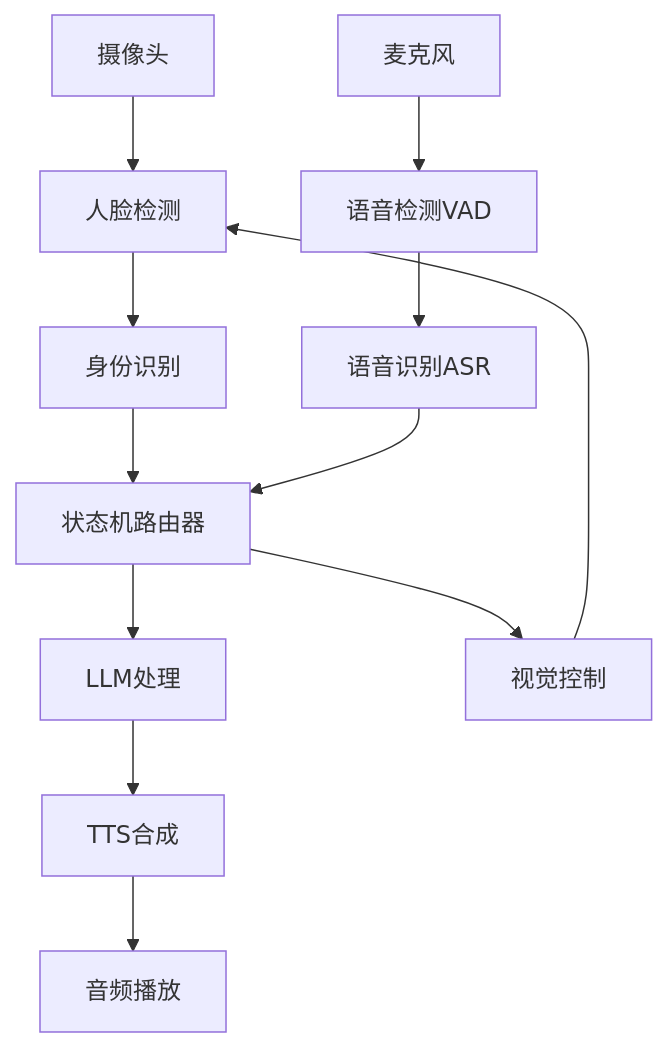
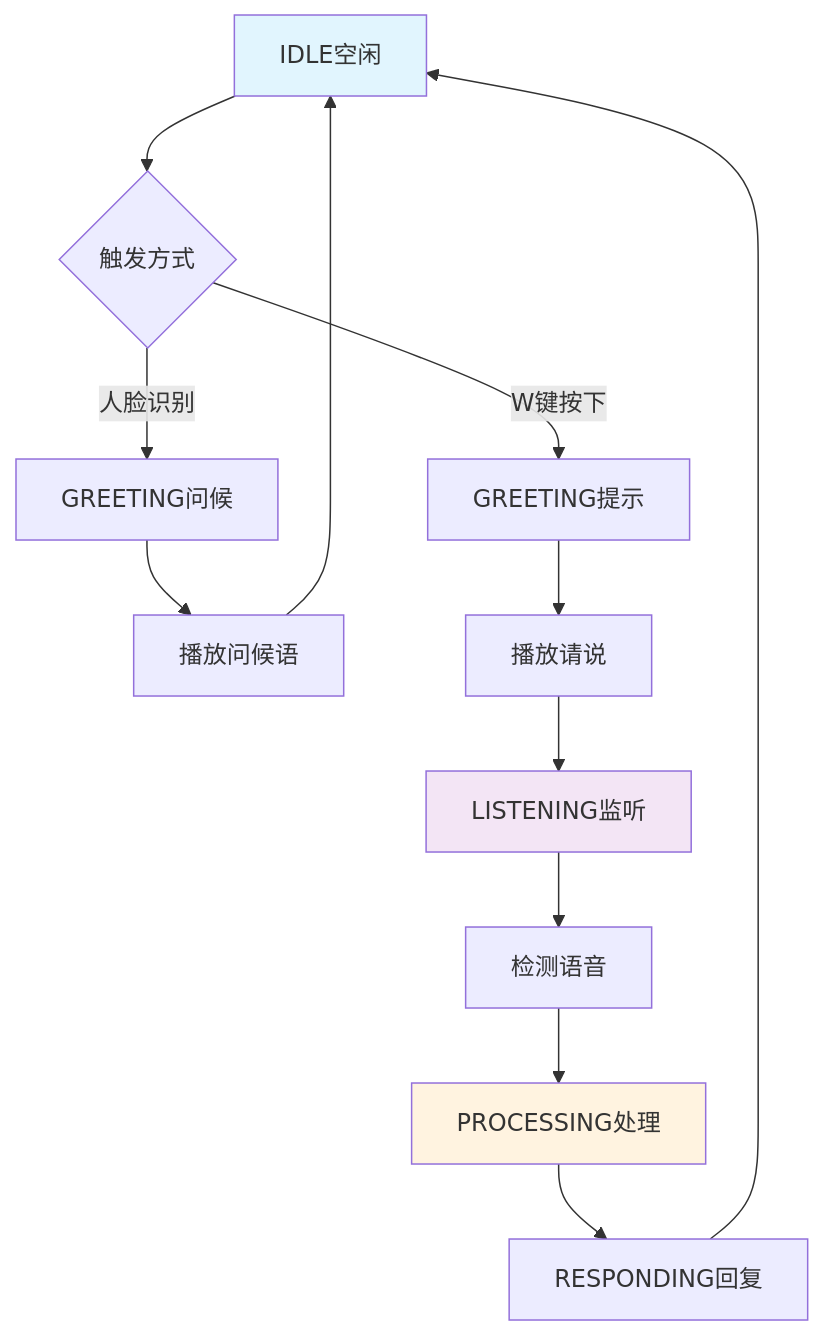
One commit to alvinwet-sys/Smart-Entrance-Mirror changed the diagram in README.md. Above: the diagram before and after it, drawn with Mermaid. The commit also changed other lines of this file and 2 other files, not shown here.

````diff
--- a/README.md
+++ b/README.md
@@ -55,17 +47,21 @@
 ```mermaid
-graph TB
-    A[摄像头] --> B[人脸检测]
-    B --> C[身份识别]
-    C --> D[状态机路由器]
+flowchart TD
+    A[IDLE空闲] --> B{触发方式}
+    B -->|人脸识别| C[GREETING问候]
+    B -->|W键按下| D[GREETING提示]
     
-    E[麦克风] --> F[语音检测VAD]
-    F --> G[语音识别ASR]
-    G --> D
+    C --> E[播放问候语]
+    D --> F[播放请说]
     
-    D --> H[LLM处理]
-    H --> I[TTS合成]
-    I --> J[音频播放]
+    E --> A
+    F --> G[LISTENING监听]
     
-    D --> K[视觉控制]
-    K --> B
+    G --> H[检测语音]
+    H --> I[PROCESSING处理]
+    I --> J[RESPONDING回复]
+    J --> A
+    
+    style A fill:#e1f5fe
+    style G fill:#f3e5f5
+    style I fill:#fff3e0
 ```
````
